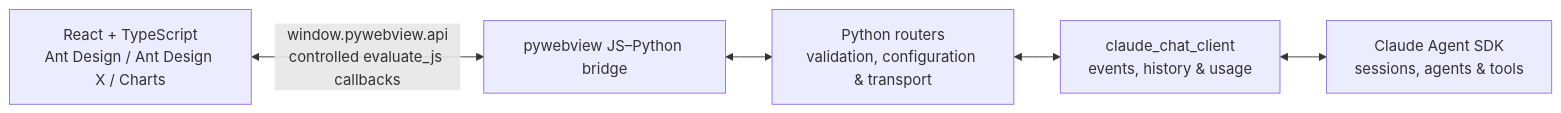
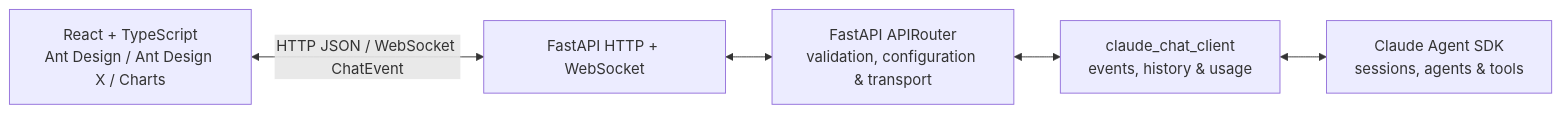
One commit to luojiaaoo/xalling changed the diagram in AGENTS.md. Above: the diagram before and after it, drawn with Mermaid. The commit also changed other lines of this file and 46 other files, not shown here.

````diff
--- a/AGENTS.md
+++ b/AGENTS.md
@@ -24,13 +24,13 @@
 ```mermaid
 flowchart LR
   UI[React + TypeScript<br/>Ant Design / Ant Design X / Charts]
-  Bridge[pywebview JS–Python bridge]
-  Router[Python routers<br/>validation, configuration &amp; transport]
+  Transport[FastAPI HTTP + WebSocket]
+  Router[FastAPI APIRouter<br/>validation, configuration &amp; transport]
   Chat[claude_chat_client<br/>events, history &amp; usage]
   Agent[Claude Agent SDK<br/>sessions, agents &amp; tools]
 
-  UI <--> |window.pywebview.api<br/>controlled evaluate_js callbacks| Bridge
-  Bridge <--> Router
+  UI <--> |HTTP JSON / WebSocket ChatEvent| Transport
+  Transport <--> Router
   Router <--> Chat
   Chat <--> Agent
 ```
````
